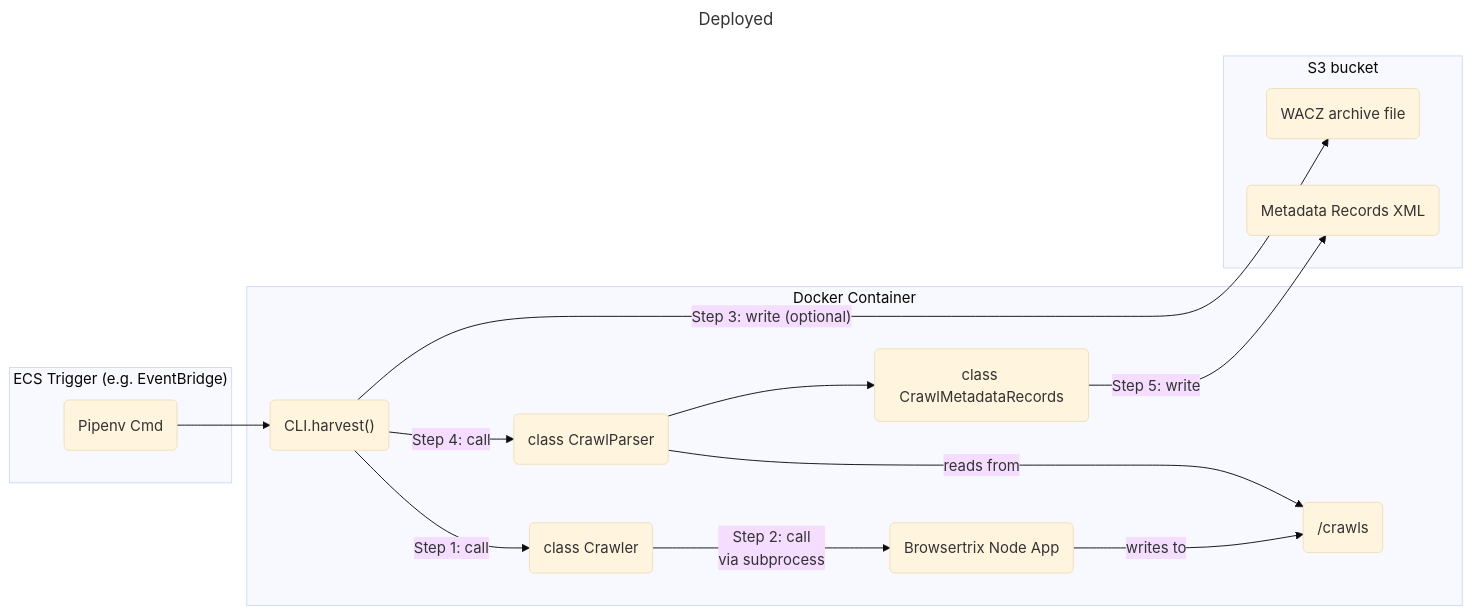
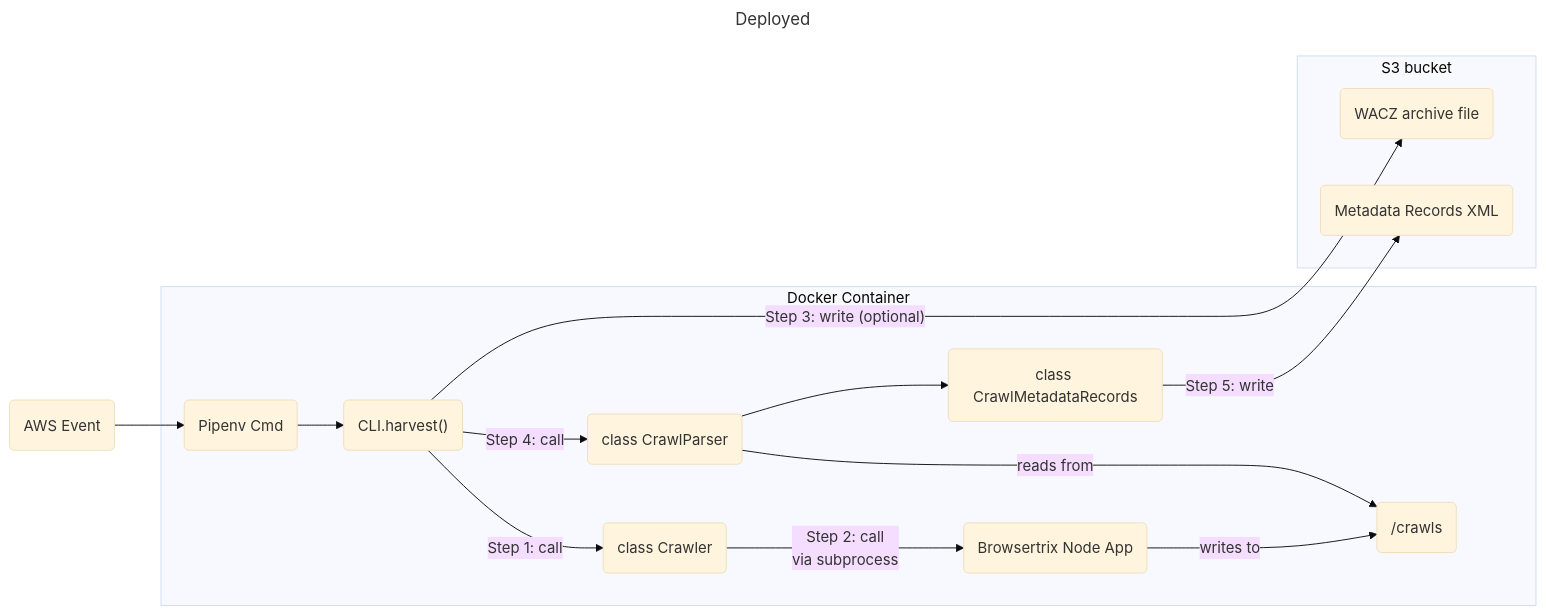
One commit to MITLibraries/browsertrix-harvester changed the third of 3 diagrams in docs/architecture.md. Above: the diagram before and after it, drawn with Mermaid (base theme). The commit also changed other lines of this file and 2 other files, not shown here.

````diff
--- a/docs/architecture.md
+++ b/docs/architecture.md
@@ -94,48 +113,43 @@
 ```mermaid
 ---
 title: Deployed
 ---
 flowchart LR
     
-    %% host machine
+    %% aws events
+    aws_event("AWS Event")
     pipenv_cmd("Pipenv Cmd")
     
     %% docker container
     cli_harvest("CLI.harvest()")
     crawler("class Crawler")
     parser("class CrawlParser")
     metadata("class CrawlMetadataRecords")
     crawls_folder("/crawls")
     btrix("Browsertrix Node App")
     
     %% anywhere
     output_wacz("WACZ archive file")
     output_metadata("Metadata Records XML")
     
+    aws_event --> pipenv_cmd
     
-    pipenv_cmd --> cli_harvest
-    
-    subgraph "ECS Trigger (e.g. EventBridge)" 
-        pipenv_cmd
-    end
-    
-    subgraph Docker Container 
-        btrix
-        crawls_folder
+    subgraph Docker Container
+        pipenv_cmd --> cli_harvest
         cli_harvest -->|Step 1: call| crawler
         crawler -->|Step 2: call\nvia subprocess| btrix        
         btrix -->|writes to| crawls_folder
         cli_harvest -->|Step 4: call| parser
         parser -->|reads from| crawls_folder
         parser --> metadata
     end
     
     cli_harvest -->|"Step 3: write (optional)"| output_wacz
     metadata -->|Step 5: write| output_metadata
     
     subgraph S3 bucket
         output_wacz
         output_metadata
     end
     
 ```
````
